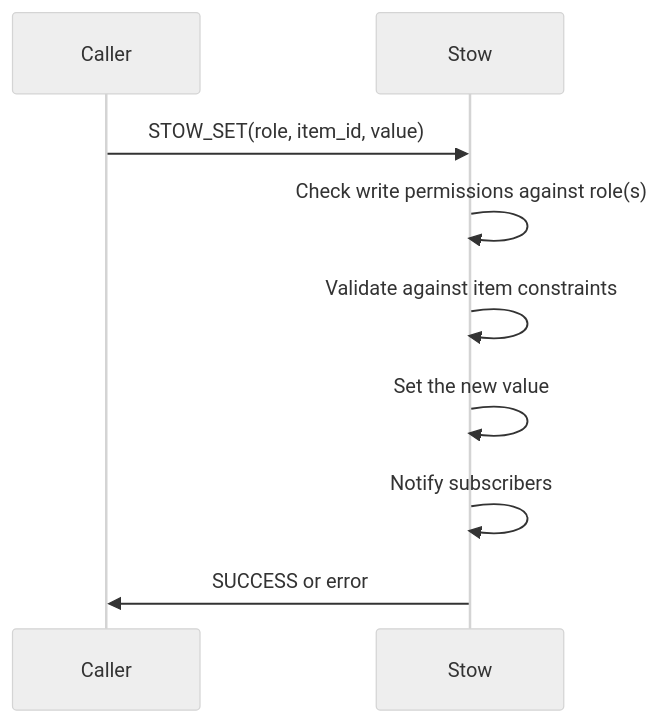
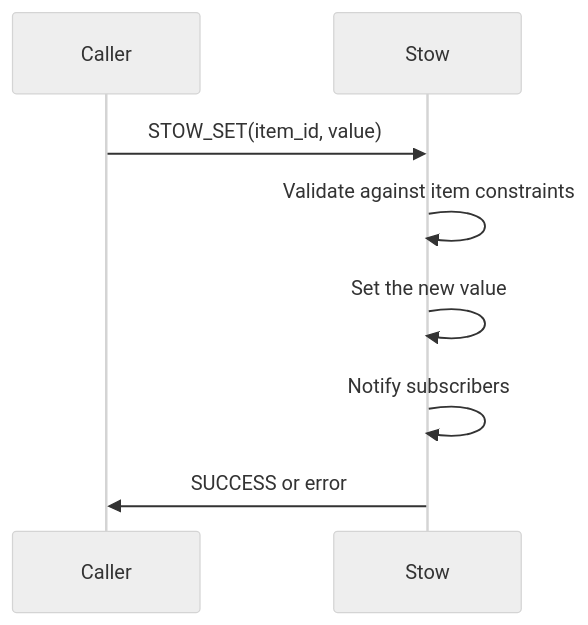
Before and after one commit to Demizo/Gantry: the second of 2 diagrams in docs/source/stow/api.rst, drawn with Mermaid. The commit also changed other lines of this file and 21 other files, not shown here.

```diff
--- a/docs/source/stow/api.rst
+++ b/docs/source/stow/api.rst
@@ -74,13 +73,12 @@
 .. mermaid::
 
    %%{init: {"theme": "neutral"}}%%
    sequenceDiagram
        participant Caller
        participant Stow
 
-       Caller->>Stow: STOW_SET(role, item_id, value)
-       Stow->>Stow: Check write permissions against role(s)
+       Caller->>Stow: STOW_SET(item_id, value)
        Stow->>Stow: Validate against item constraints
        Stow->>Stow: Set the new value
        Stow->>Stow: Notify subscribers
        Stow->>Caller: SUCCESS or error
```
